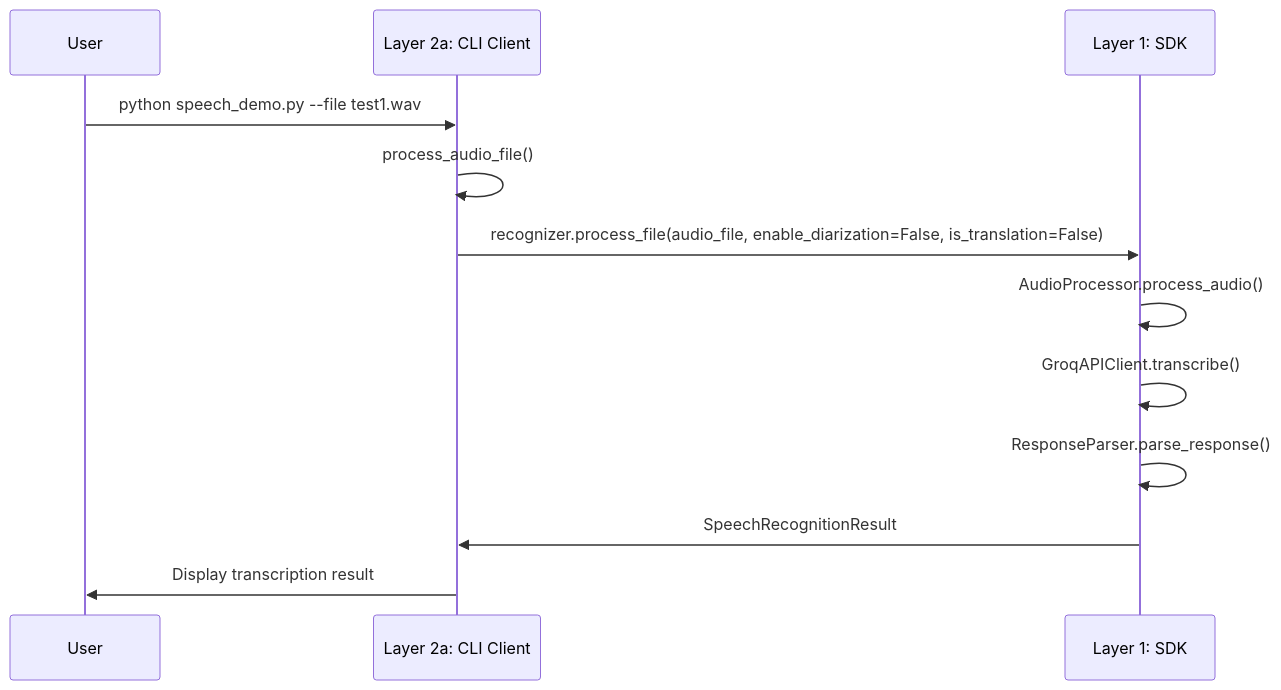
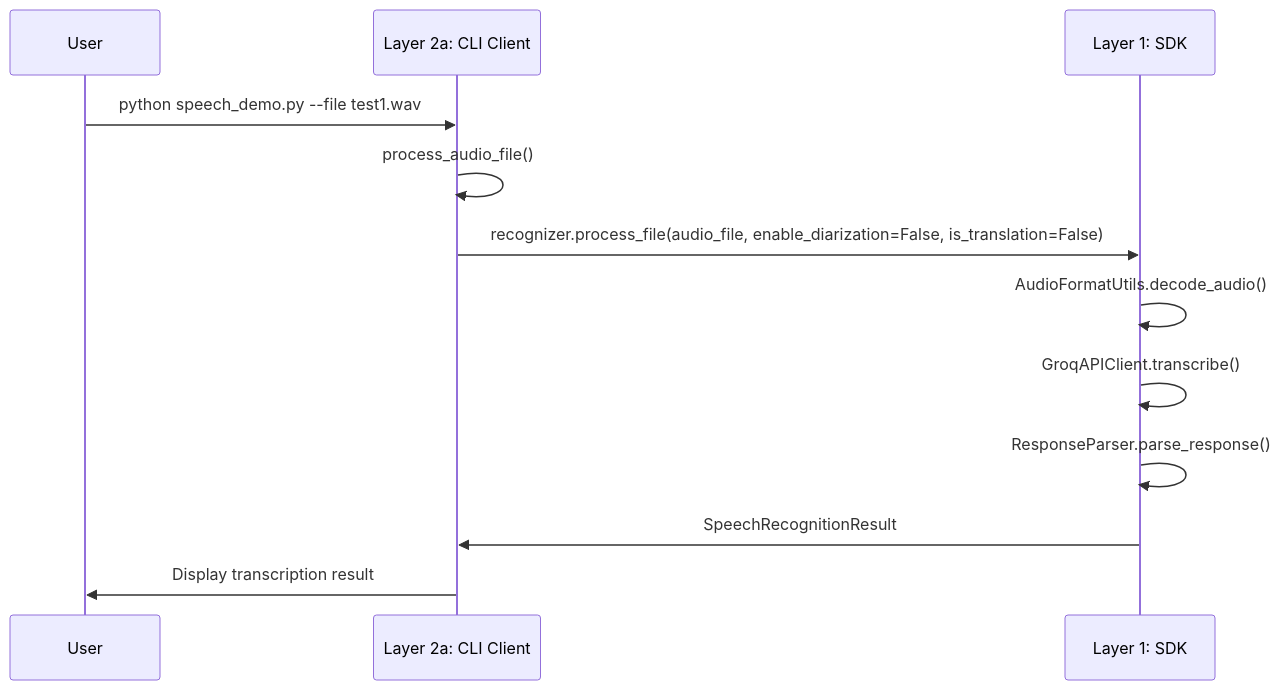
The fifth of 8 diagrams in docs/ARCHITECTURE.md (sreenivasmrpivot/groq-speech), drawn with Mermaid before and after one commit. The commit also changed other lines of this file and 13 other files, not shown here.

````diff
--- a/docs/ARCHITECTURE.md
+++ b/docs/ARCHITECTURE.md
@@ -148,15 +176,15 @@
 ```mermaid
 sequenceDiagram
     participant User
     participant CLI as Layer 2a: CLI Client
     participant SDK as Layer 1: SDK
     
     User->>CLI: python speech_demo.py --file test1.wav
     CLI->>CLI: process_audio_file()
     CLI->>SDK: recognizer.process_file(audio_file, enable_diarization=False, is_translation=False)
-    SDK->>SDK: AudioProcessor.process_audio()
+    SDK->>SDK: AudioFormatUtils.decode_audio()
     SDK->>SDK: GroqAPIClient.transcribe()
     SDK->>SDK: ResponseParser.parse_response()
     SDK->>CLI: SpeechRecognitionResult
     CLI->>User: Display transcription result
 ```
````
